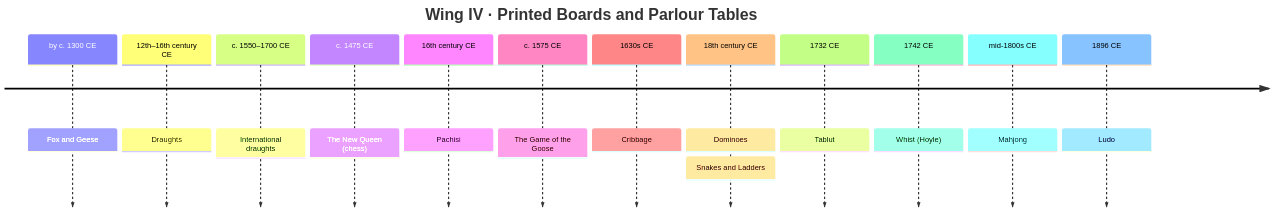
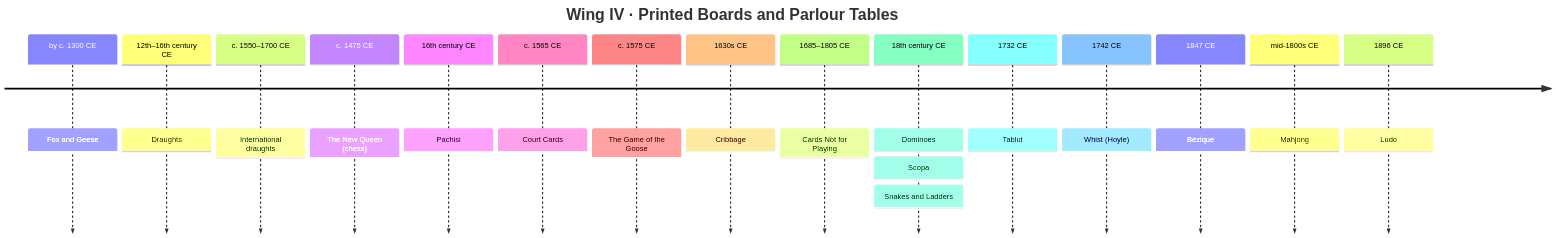
Before and after one commit to CptNope/Librarium-Archives: the sixth of 8 diagrams in docs/exhibits.md, drawn with Mermaid. The commit also changed other lines of this file and 8 other files, not shown here.

````diff
--- a/docs/exhibits.md
+++ b/docs/exhibits.md
@@ -145,16 +145,19 @@
 ```mermaid
 timeline
     title Wing IV · Printed Boards and Parlour Tables
     by c. 1300 CE : Fox and Geese
     12th–16th century CE : Draughts
     c. 1550–1700 CE : International draughts
     c. 1475 CE : The New Queen (chess)
     16th century CE : Pachisi
+    c. 1565 CE : Court Cards
     c. 1575 CE : The Game of the Goose
     1630s CE : Cribbage
-    18th century CE : Dominoes : Snakes and Ladders
+    1685–1805 CE : Cards Not for Playing
+    18th century CE : Dominoes : Scopa : Snakes and Ladders
     1732 CE : Tablut
     1742 CE : Whist (Hoyle)
+    1847 CE : Bézique
     mid-1800s CE : Mahjong
     1896 CE : Ludo
 ```
````
